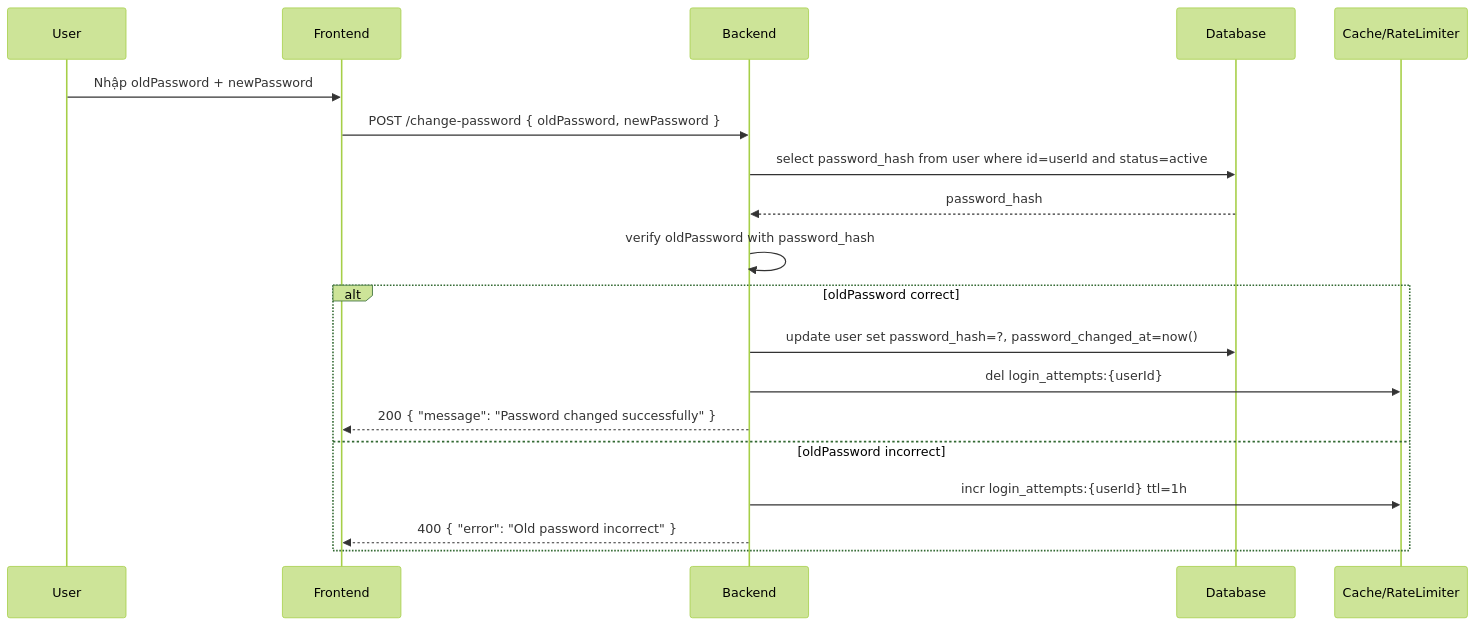
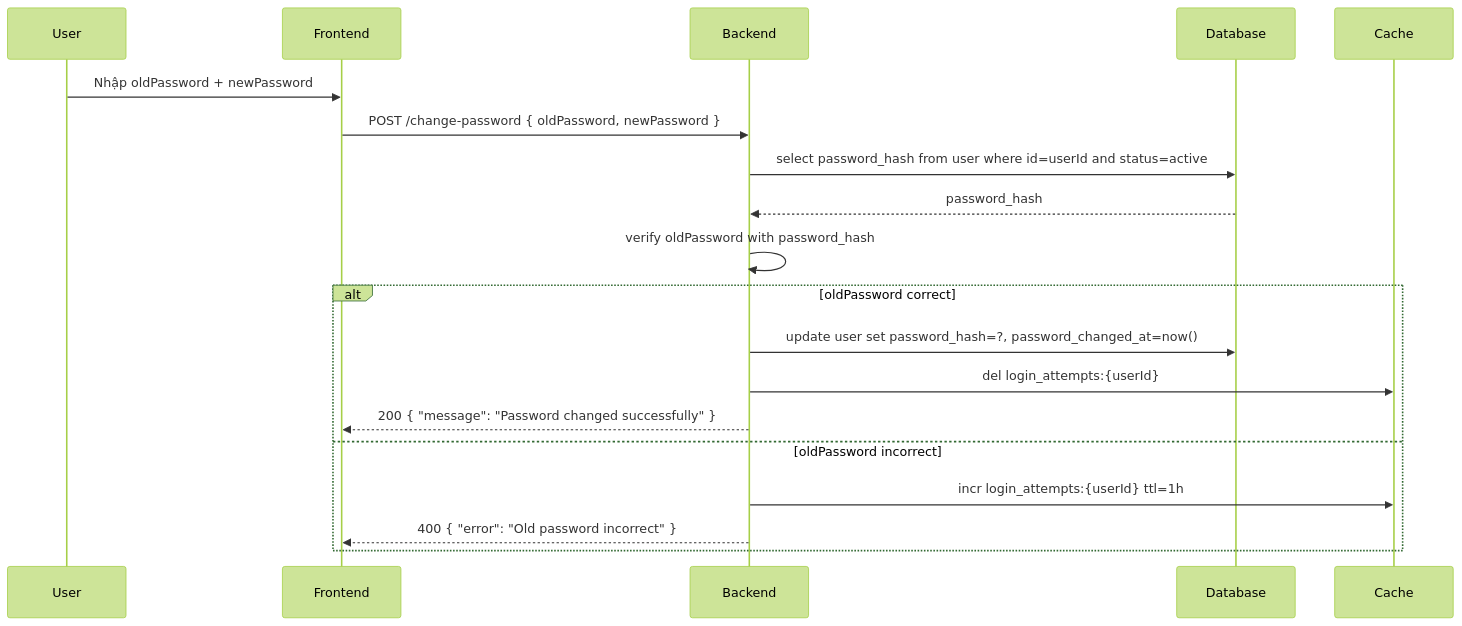
One commit to ninggiangboy/flow changed the diagram in change-password.md. Above: the diagram before and after it, drawn with Mermaid (forest theme).

Commit message:
Fix formatting for Cache participant in diagram

````diff
--- a/change-password.md
+++ b/change-password.md
@@ -1,24 +1,24 @@
 ```mermaid
 sequenceDiagram
     participant U as User
     participant FE as Frontend
     participant BE as Backend
     participant DB as Database
-    participant Cache as Cache/RateLimiter
+    participant Cache as Cache
 
     U->>FE: Nhập oldPassword + newPassword
     FE->>BE: POST /change-password { oldPassword, newPassword }
 
     BE->>DB: select password_hash from user where id=userId and status=active
     DB-->>BE: password_hash
 
     BE->>BE: verify oldPassword with password_hash
     alt oldPassword correct
         BE->>DB: update user set password_hash=?, password_changed_at=now()
         BE->>Cache: del login_attempts:{userId}
         BE-->>FE: 200 { "message": "Password changed successfully" }
     else oldPassword incorrect
         BE->>Cache: incr login_attempts:{userId} ttl=1h
         BE-->>FE: 400 { "error": "Old password incorrect" }
     end
 ```
````
